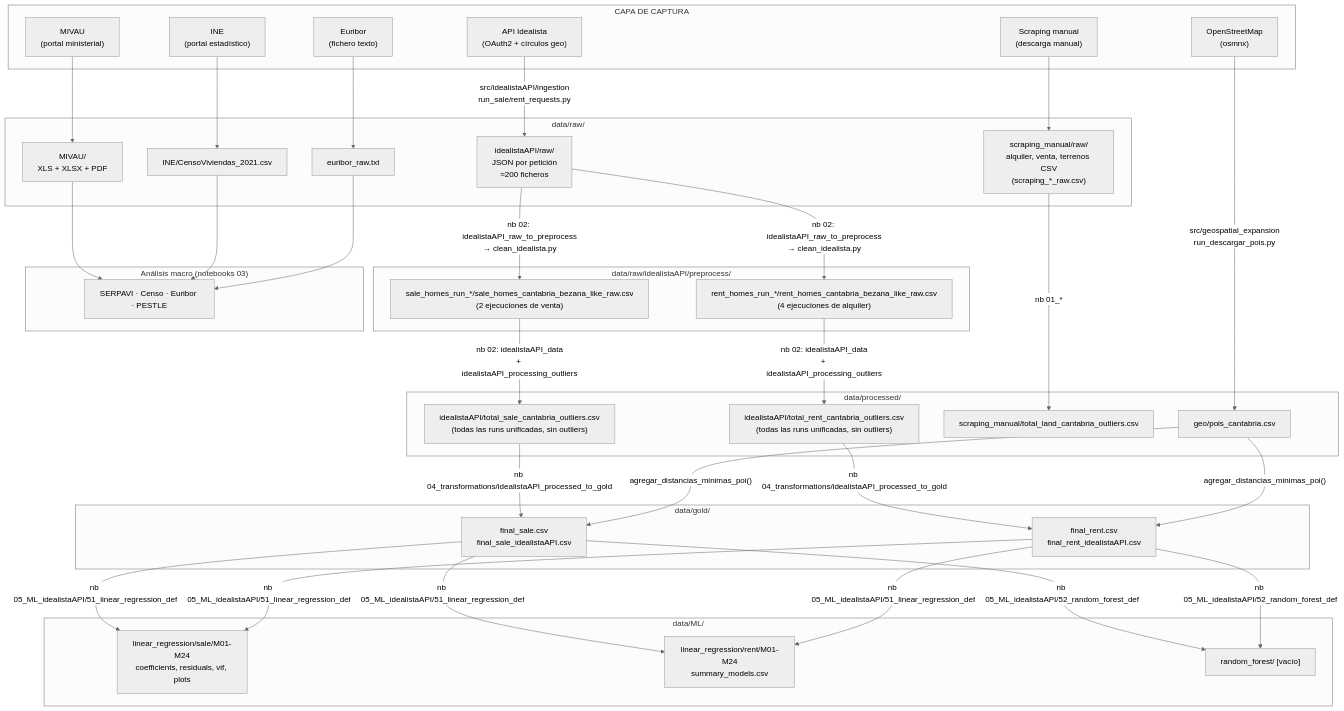
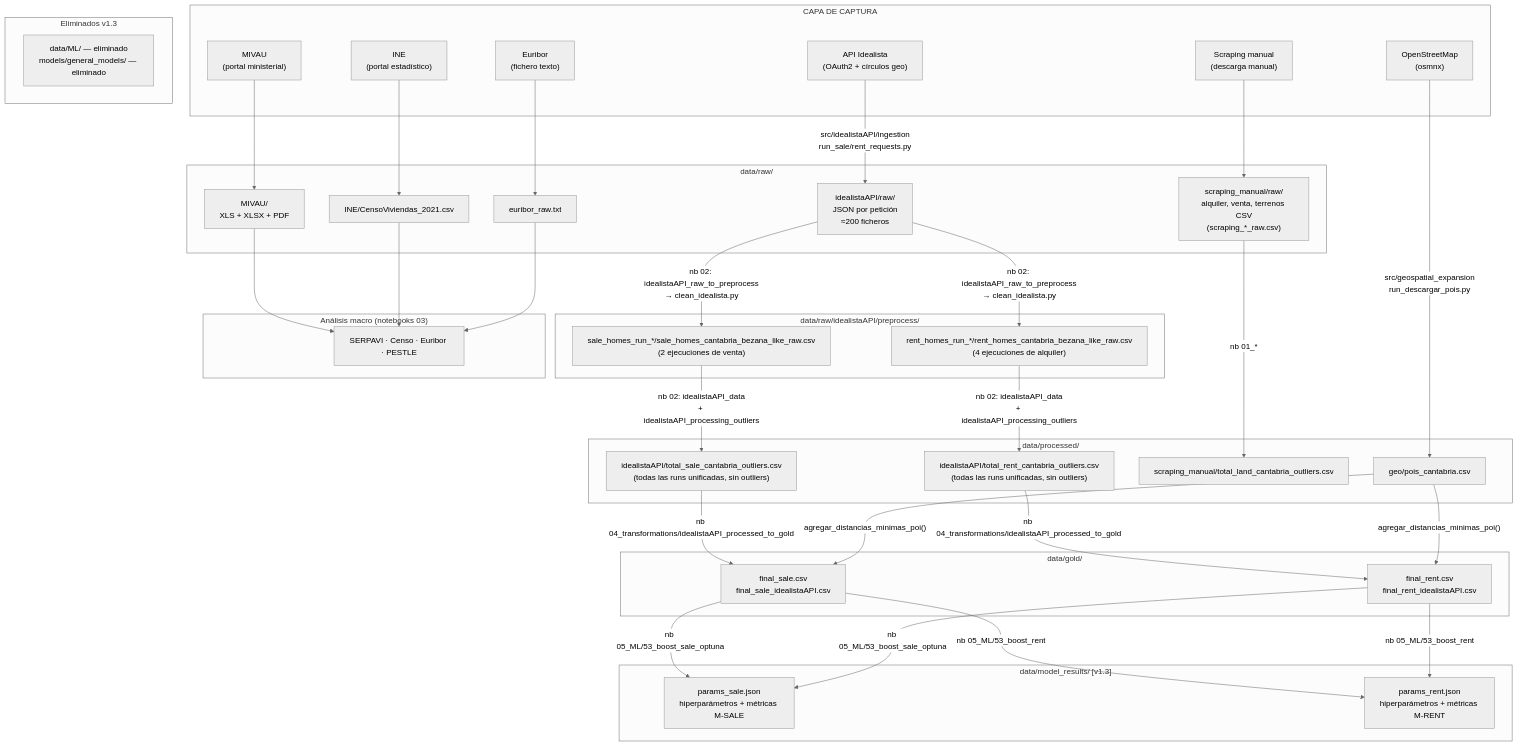
One commit to sitomachu/bezanillasl changed the second of 4 diagrams in docs/estructura_completa_repositorio.md. Above: the diagram before and after it, drawn with Mermaid (neutral theme). The commit also changed other lines of this file, not shown here.

````diff
--- a/docs/estructura_completa_repositorio.md
+++ b/docs/estructura_completa_repositorio.md
@@ -382,71 +374,73 @@
 ```mermaid
 flowchart TD
     subgraph CAPTURE["CAPA DE CAPTURA"]
         A1["API Idealista\n(OAuth2 + círculos geo)"]
         A2["Scraping manual\n(descarga manual)"]
         A3["MIVAU\n(portal ministerial)"]
         A4["INE\n(portal estadístico)"]
         A5["Euribor\n(fichero texto)"]
         A6["OpenStreetMap\n(osmnx)"]
     end
 
     subgraph RAW["data/raw/"]
         B1["idealistaAPI/raw/\nJSON por petición\n≈200 ficheros"]
         B2["scraping_manual/raw/\nalquiler, venta, terrenos CSV\n(scraping_*_raw.csv)"]
         B3["MIVAU/\nXLS + XLSX + PDF"]
         B4["INE/CensoViviendas_2021.csv"]
         B5["euribor_raw.txt"]
     end
 
     subgraph PREPROCESS["data/raw/idealistaAPI/preprocess/"]
         C1["sale_homes_run_*/sale_homes_cantabria_bezana_like_raw.csv\n(2 ejecuciones de venta)"]
         C2["rent_homes_run_*/rent_homes_cantabria_bezana_like_raw.csv\n(4 ejecuciones de alquiler)"]
     end
 
     subgraph PROC["data/processed/"]
         D3["idealistaAPI/total_sale_cantabria_outliers.csv\n(todas las runs unificadas, sin outliers)"]
         D4["idealistaAPI/total_rent_cantabria_outliers.csv\n(todas las runs unificadas, sin outliers)"]
         D6["scraping_manual/total_land_cantabria_outliers.csv"]
         D7["geo/pois_cantabria.csv"]
     end
 
     subgraph GOLD["data/gold/"]
         E1["final_sale.csv\nfinal_sale_idealistaAPI.csv"]
         E2["final_rent.csv\nfinal_rent_idealistaAPI.csv"]
     end
 
-    subgraph ML_OUT["data/ML/"]
-        F1["linear_regression/sale/M01-M24\ncoefficients, residuals, vif, plots"]
-        F2["linear_regression/rent/M01-M24\nsummary_models.csv"]
-        F3["random_forest/ [vacío]"]
+    subgraph ML_OUT["data/model_results/ [v1.3]"]
+        F1["params_sale.json\nhiperparámetros + métricas M-SALE"]
+        F2["params_rent.json\nhiperparámetros + métricas M-RENT"]
     end
 
     subgraph MACRO["Análisis macro (notebooks 03)"]
         G1["SERPAVI · Censo · Euribor · PESTLE"]
+    end
+
+    subgraph models_old["Eliminados v1.3"]
+        Z1["data/ML/ — eliminado\nmodels/general_models/ — eliminado"]
     end
 
     A1 -->|"src/idealistaAPI/ingestion\nrun_sale/rent_requests.py"| B1
     A2 --> B2
     A3 --> B3
     A4 --> B4
     A5 --> B5
     A6 -->|"src/geospatial_expansion\nrun_descargar_pois.py"| D7
 
     B1 -->|"nb 02: idealistaAPI_raw_to_preprocess\n→ clean_idealista.py"| C1
     B1 -->|"nb 02: idealistaAPI_raw_to_preprocess\n→ clean_idealista.py"| C2
 
     C1 -->|"nb 02: idealistaAPI_data\n+ idealistaAPI_processing_outliers"| D3
     C2 -->|"nb 02: idealistaAPI_data\n+ idealistaAPI_processing_outliers"| D4
     B2 -->|"nb 01_*"| D6
 
     D3 -->|"nb 04_transformations/idealistaAPI_processed_to_gold"| E1
     D4 -->|"nb 04_transformations/idealistaAPI_processed_to_gold"| E2
     D7 -->|"agregar_distancias_minimas_poi()"| E1
     D7 -->|"agregar_distancias_minimas_poi()"| E2
 
-    E1 & E2 -->|"nb 05_ML_idealistaAPI/51_linear_regression_def"| F1
-    E1 & E2 -->|"nb 05_ML_idealistaAPI/51_linear_regression_def"| F2
-    E1 & E2 -->|"nb 05_ML_idealistaAPI/52_random_forest_def"| F3
+    E1 & E2 -->|"nb 05_ML/53_boost_sale_optuna"| F1
+    E1 & E2 -->|"nb 05_ML/53_boost_rent"| F2
 
     B3 & B4 & B5 --> G1
 ```
````
